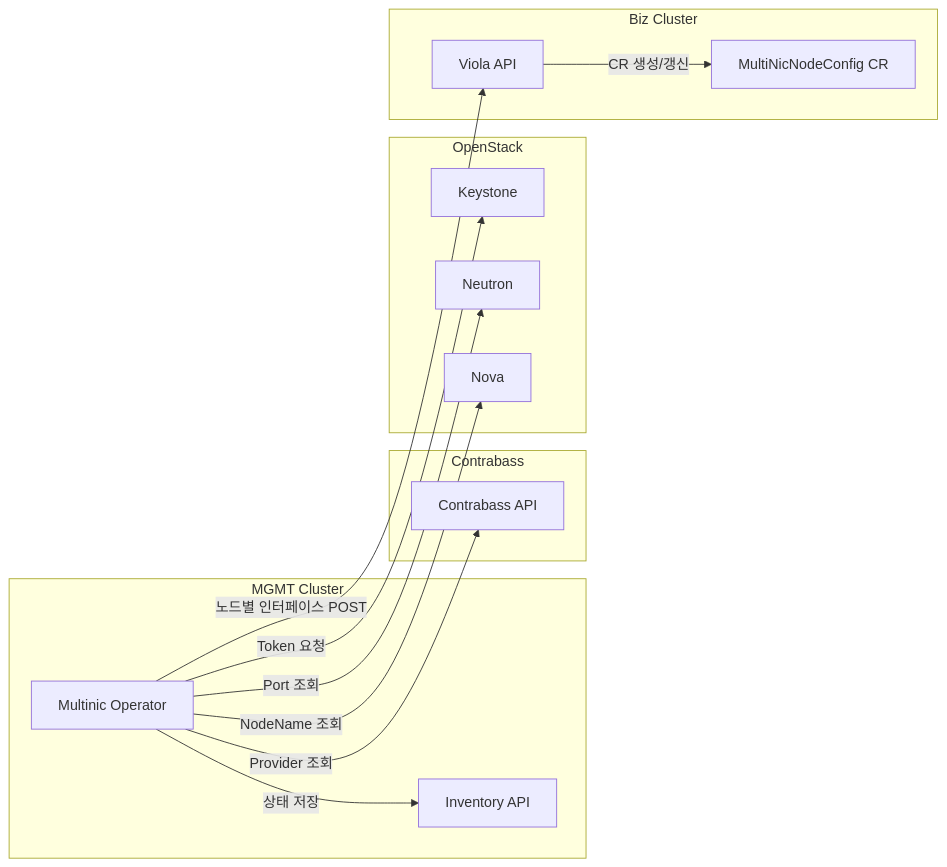
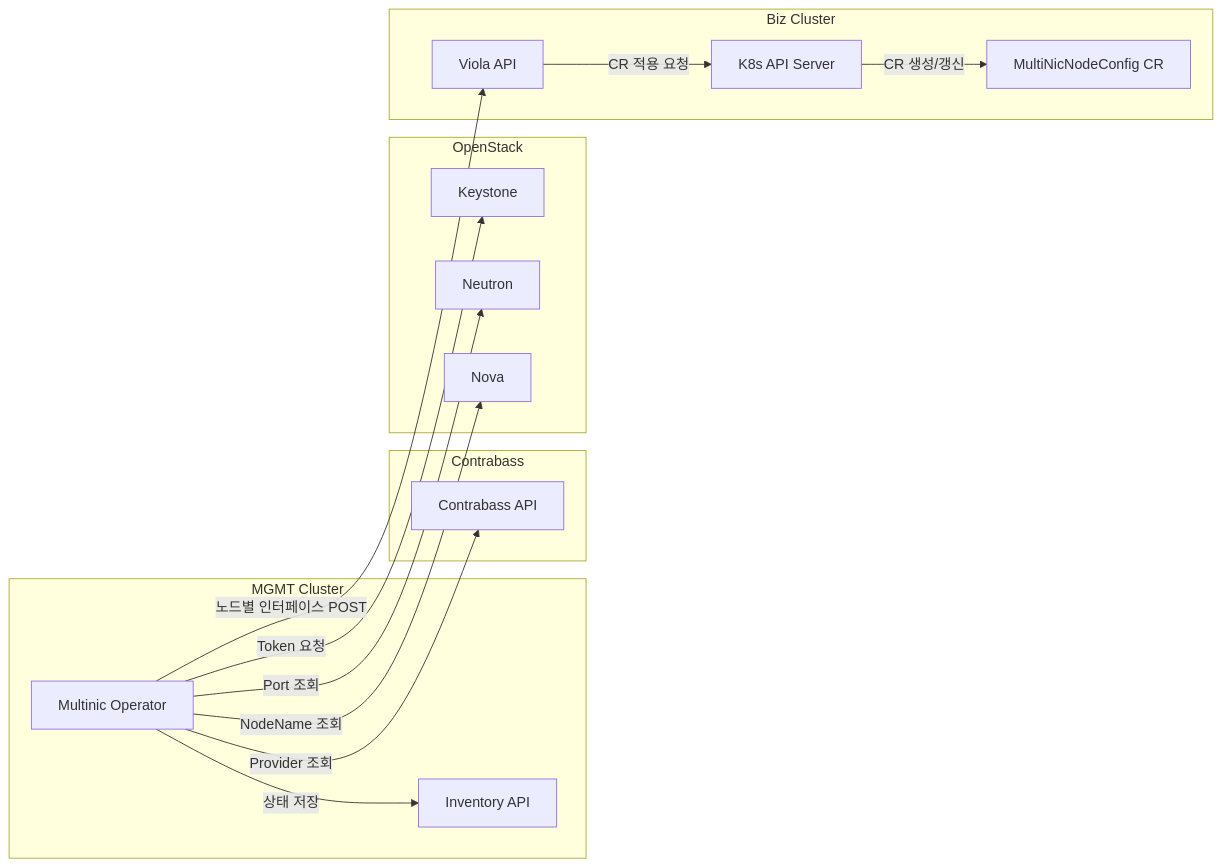
The first of 2 diagrams in README.md (Minzino/multi-network-interface-operator), drawn with Mermaid before and after one commit. The commit also changed other lines of this file, not shown here.

Commit message:
docs: clarify viola api placement

````diff
--- a/README.md
+++ b/README.md
@@ -98,30 +98,32 @@
 ```mermaid
 flowchart LR
   subgraph MGMT["MGMT Cluster"]
     OP[Multinic Operator]
     INV[Inventory API]
   end
 
   subgraph CB["Contrabass"]
     CAPI[Contrabass API]
   end
 
   subgraph OS["OpenStack"]
     KS[Keystone]
     NE[Neutron]
     NO[Nova]
   end
 
   subgraph BIZ["Biz Cluster"]
     VA[Viola API]
+    KAPI[K8s API Server]
     CR[MultiNicNodeConfig CR]
   end
 
   OP -->|Provider 조회| CAPI
   OP -->|Token 요청| KS
   OP -->|Port 조회| NE
   OP -->|NodeName 조회| NO
   OP -->|노드별 인터페이스 POST| VA
-  VA -->|CR 생성/갱신| CR
+  VA -->|CR 적용 요청| KAPI
+  KAPI -->|CR 생성/갱신| CR
   OP -->|상태 저장| INV
 ```
````
